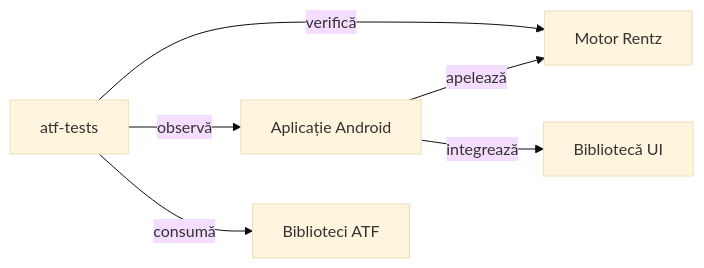
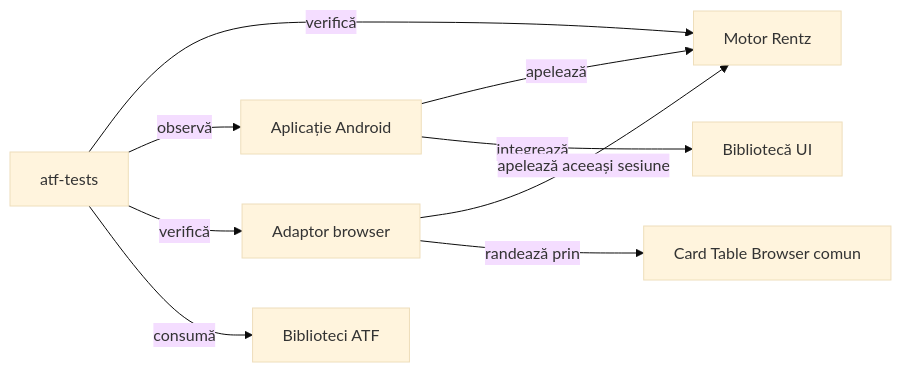
Before and after one commit to crististefanita/atf_j5: the first of 2 diagrams in README.md, drawn with Mermaid (base theme). The commit also changed other lines of this file and 12 other files, not shown here.

````diff
--- a/README.md
+++ b/README.md
@@ -16,8 +16,11 @@
 ```mermaid
 flowchart LR
     APP["Aplicație Android"] -->|apelează| CORE["Motor Rentz"]
     APP -->|integrează| UI["Bibliotecă UI"]
+    WEB["Adaptor browser"] -->|apelează aceeași sesiune| CORE
+    WEB -->|randează prin| SHELL["Card Table Browser comun"]
     ATF["atf-tests"] -->|verifică| CORE
     ATF -->|observă| APP
+    ATF -->|verifică| WEB
     ATF -->|consumă| LIB["Biblioteci ATF"]
 ```
````
